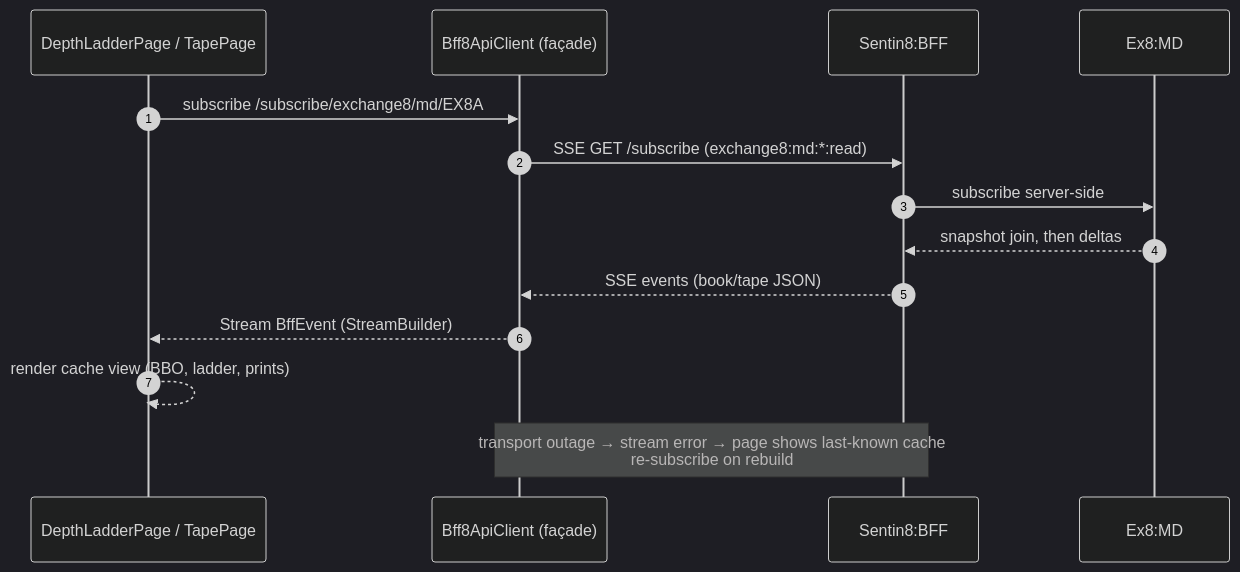
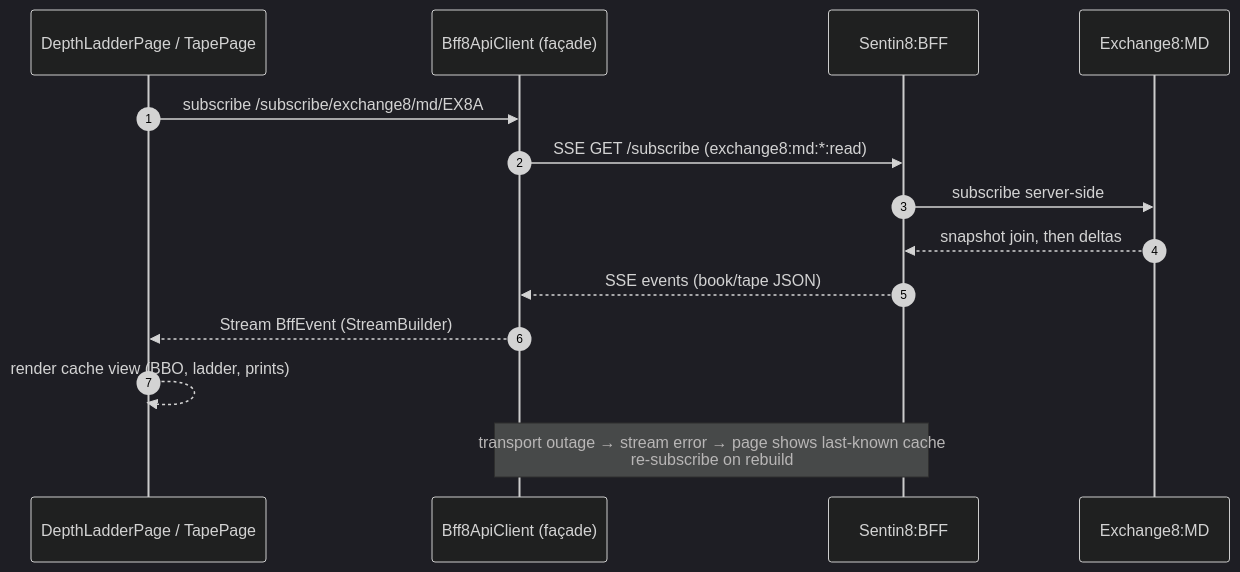
Before and after one commit to Exchange8-dev/exchange8-eexchange: the fifth of 11 diagrams in DESIGN.md, drawn with Mermaid (dark theme). The commit also changed other lines of this file and 1 other file, not shown here.

Commit message:
Naming: Ex8 abbreviation replaced with Exchange8 across docs and doc comments — the full brand name only, never abbreviated (owner decision 2026-10-15)

````diff
--- a/DESIGN.md
+++ b/DESIGN.md
@@ -148,17 +148,17 @@
 ```mermaid
 sequenceDiagram
     autonumber
     participant DL as DepthLadderPage / TapePage
     participant API as Bff8ApiClient (façade)
     participant BFF as Sentin8:BFF
-    participant MD as Ex8:MD
+    participant MD as Exchange8:MD
 
     DL->>API: subscribe /subscribe/exchange8/md/EX8A
     API->>BFF: SSE GET /subscribe (exchange8:md:*:read)
     BFF->>MD: subscribe server-side
     MD-->>BFF: snapshot join, then deltas
     BFF-->>API: SSE events (book/tape JSON)
     API-->>DL: Stream BffEvent (StreamBuilder)
     DL-->>DL: render cache view (BBO, ladder, prints)
     Note over API,BFF: transport outage → stream error → page shows last-known cache<br/>re-subscribe on rebuild
 ```
````
